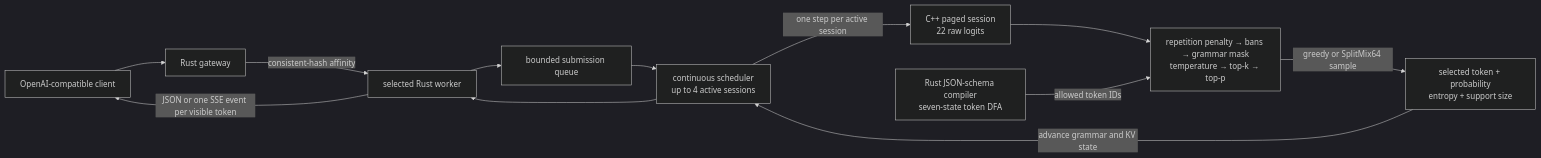
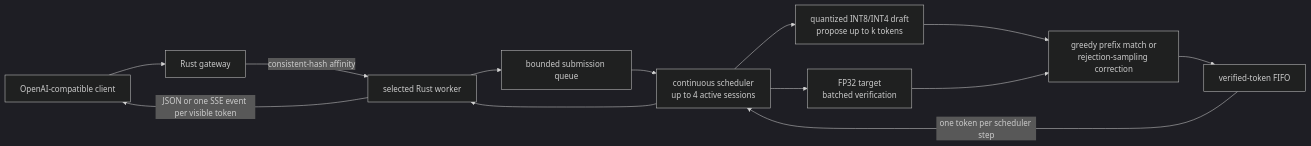
One commit to conan505/inferLab changed the diagram in README.md. Above: the diagram before and after it, drawn with Mermaid (dark theme). The commit also changed other lines of this file and 27 other files, not shown here.

````diff
--- a/README.md
+++ b/README.md
@@ -14,14 +14,15 @@
 ```mermaid
 flowchart LR
     C["OpenAI-compatible client"] --> G["Rust gateway"]
     G -->|"consistent-hash affinity"| H["selected Rust worker"]
     H --> Q["bounded submission queue"]
     Q --> S["continuous scheduler<br/>up to 4 active sessions"]
-    S -->|"one step per active session"| D["C++ paged session<br/>22 raw logits"]
-    D --> P["repetition penalty → bans → grammar mask<br/>temperature → top-k → top-p"]
-    F["Rust JSON-schema compiler<br/>seven-state token DFA"] -->|"allowed token IDs"| P
-    P -->|"greedy or SplitMix64 sample"| T["selected token + probability<br/>entropy + support size"]
-    T -->|"advance grammar and KV state"| S
+    S --> D["quantized INT8/INT4 draft<br/>propose up to k tokens"]
+    S --> T["FP32 target<br/>batched verification"]
+    D --> V["greedy prefix match or<br/>rejection-sampling correction"]
+    T --> V
+    V --> B["verified-token FIFO"]
+    B -->|"one token per scheduler step"| S
     S --> H
     H -->|"JSON or one SSE event per visible token"| C
 ```
````
